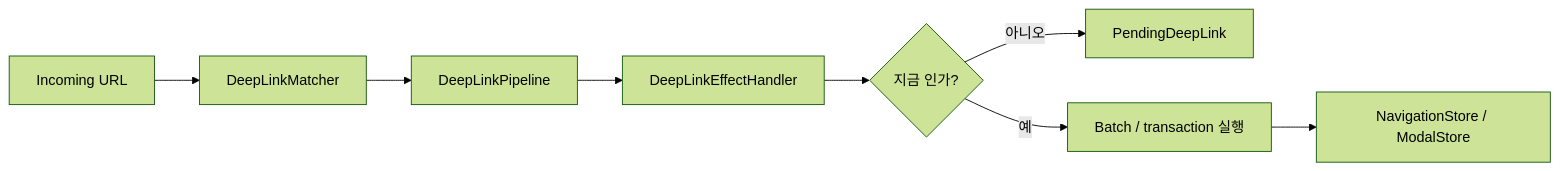
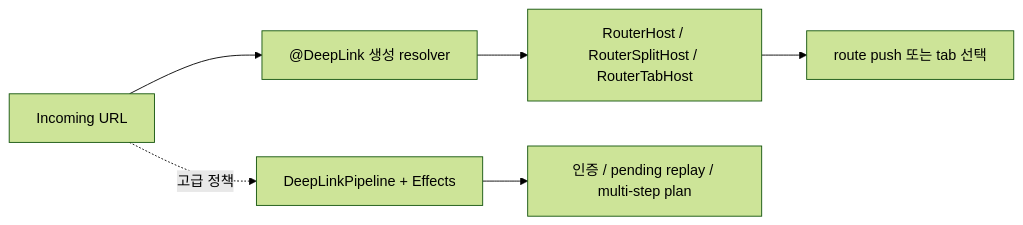
Before and after one commit to InnoSquadCorp/InnoRouter: the second of 2 diagrams in README.ko.md, drawn with Mermaid (forest theme). The commit also changed other lines of this file and 1 other file, not shown here.

````diff
--- a/README.ko.md
+++ b/README.ko.md
@@ -350,10 +378,8 @@
 ```mermaid
 flowchart LR
-    URL["Incoming URL"] --> Match["DeepLinkMatcher"]
-    Match --> Plan["DeepLinkPipeline"]
-    Plan --> Effect["DeepLinkEffectHandler"]
-    Effect --> Decision{"지금 인가?"}
-    Decision -->|"아니오"| Pending["PendingDeepLink"]
-    Decision -->|"예"| Execute["Batch / transaction 실행"]
-    Execute --> Store["NavigationStore / ModalStore"]
+    URL["Incoming URL"] --> Resolve["@DeepLink 생성 resolver"]
+    Resolve --> Host["RouterHost / RouterSplitHost / RouterTabHost"]
+    Host --> Route["route push 또는 tab 선택"]
+    URL -.->|고급 정책| Pipeline["DeepLinkPipeline + Effects"]
+    Pipeline --> Pending["인증 / pending replay / multi-step plan"]
 ```
````
